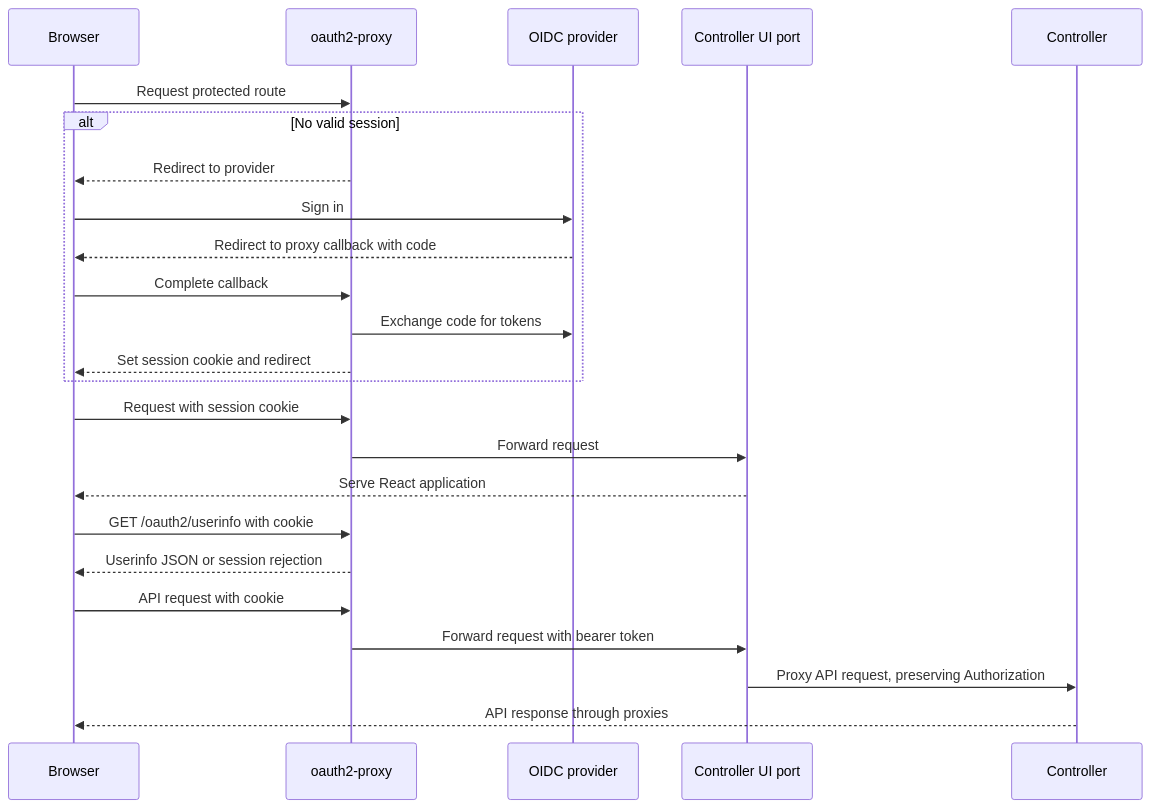
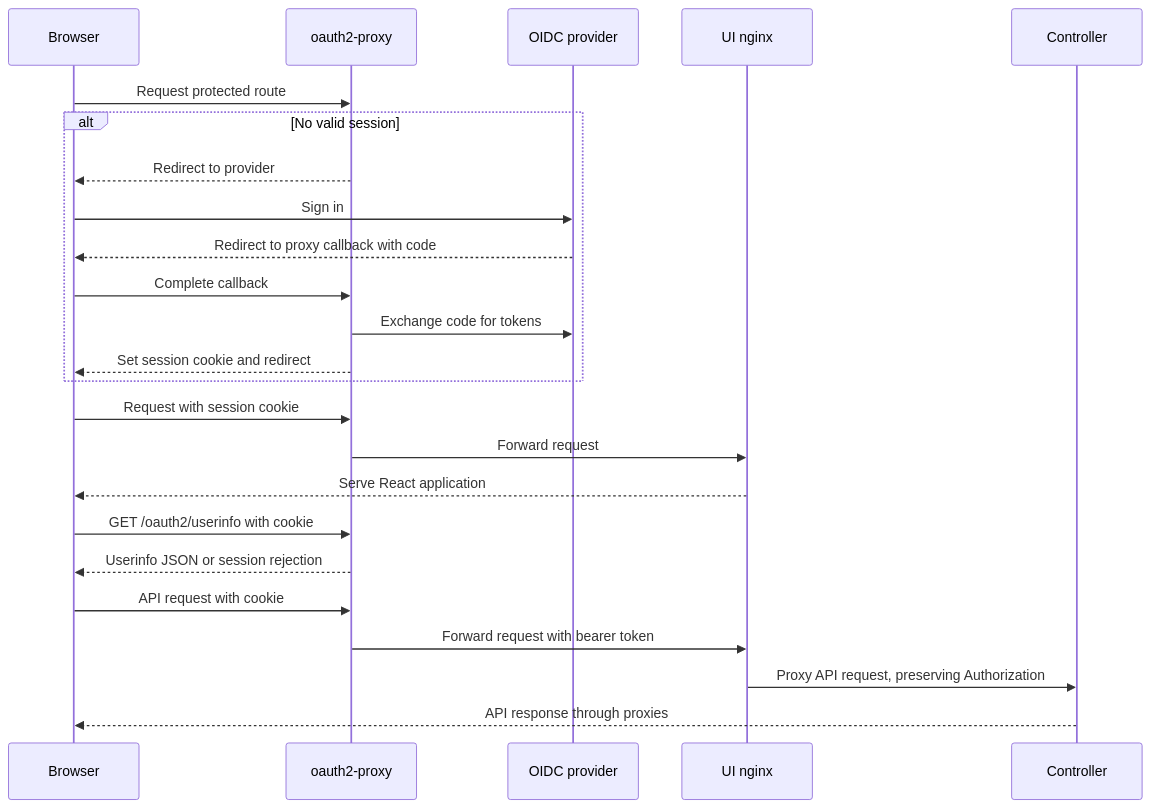
The diagram in docs/architecture/oidc-proxy-authentication.md (kagent-dev/kagent), drawn with Mermaid before and after one commit. The commit also changed other lines of this file and 53 other files, not shown here.

First line of the commit message:
revert: restore the controller, UI sources, chart and CI to main

````diff
--- a/docs/architecture/oidc-proxy-authentication.md
+++ b/docs/architecture/oidc-proxy-authentication.md
@@ -24,27 +24,27 @@
 ```mermaid
 sequenceDiagram
     participant Browser
     participant Proxy as oauth2-proxy
     participant Provider as OIDC provider
-    participant UI as Controller UI port
+    participant UI as UI nginx
     participant API as Controller
 
     Browser->>Proxy: Request protected route
     alt No valid session
         Proxy-->>Browser: Redirect to provider
         Browser->>Provider: Sign in
         Provider-->>Browser: Redirect to proxy callback with code
         Browser->>Proxy: Complete callback
         Proxy->>Provider: Exchange code for tokens
         Proxy-->>Browser: Set session cookie and redirect
     end
     Browser->>Proxy: Request with session cookie
     Proxy->>UI: Forward request
     UI-->>Browser: Serve React application
     Browser->>Proxy: GET /oauth2/userinfo with cookie
     Proxy-->>Browser: Userinfo JSON or session rejection
     Browser->>Proxy: API request with cookie
     Proxy->>UI: Forward request with bearer token
     UI->>API: Proxy API request, preserving Authorization
     API-->>Browser: API response through proxies
 ```
````
